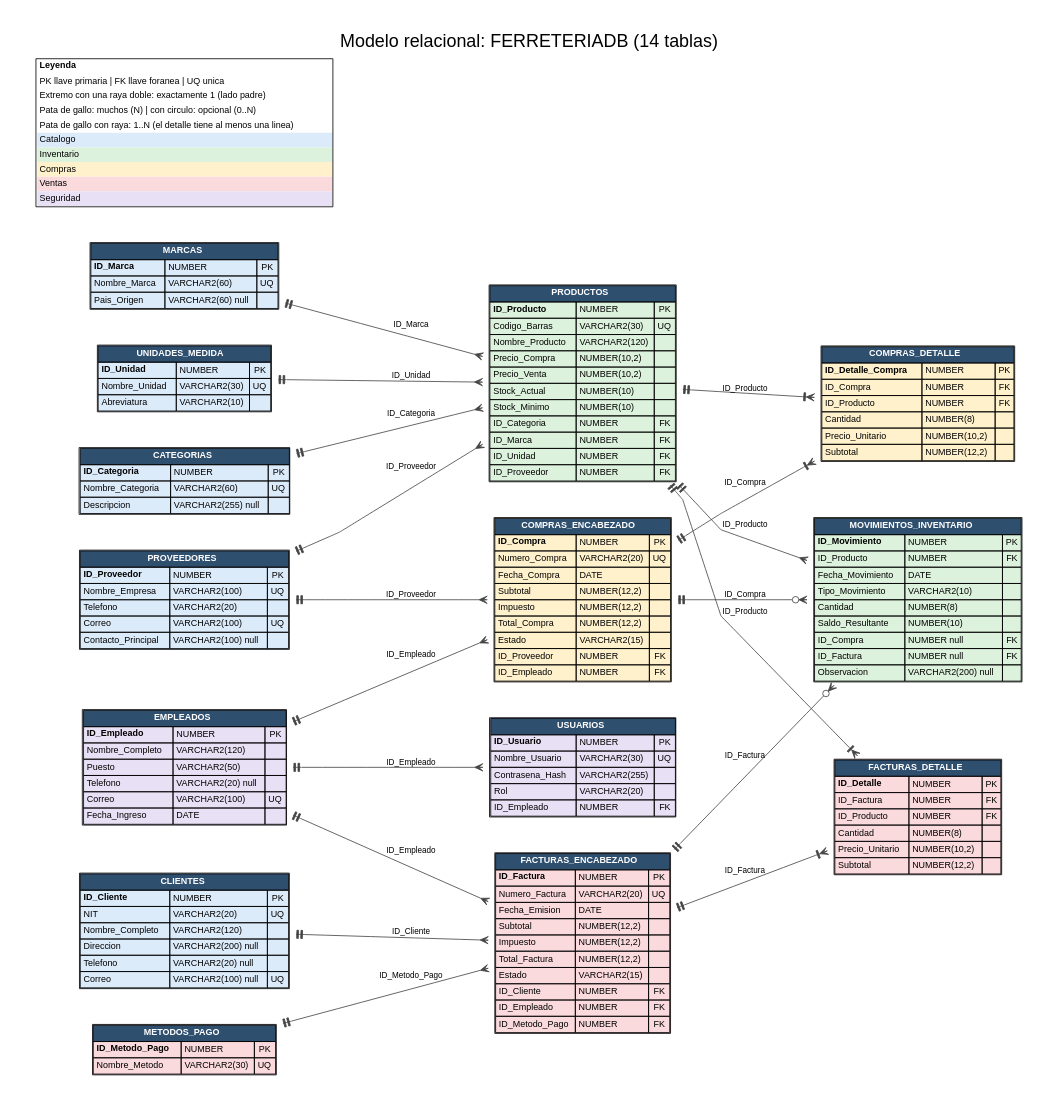
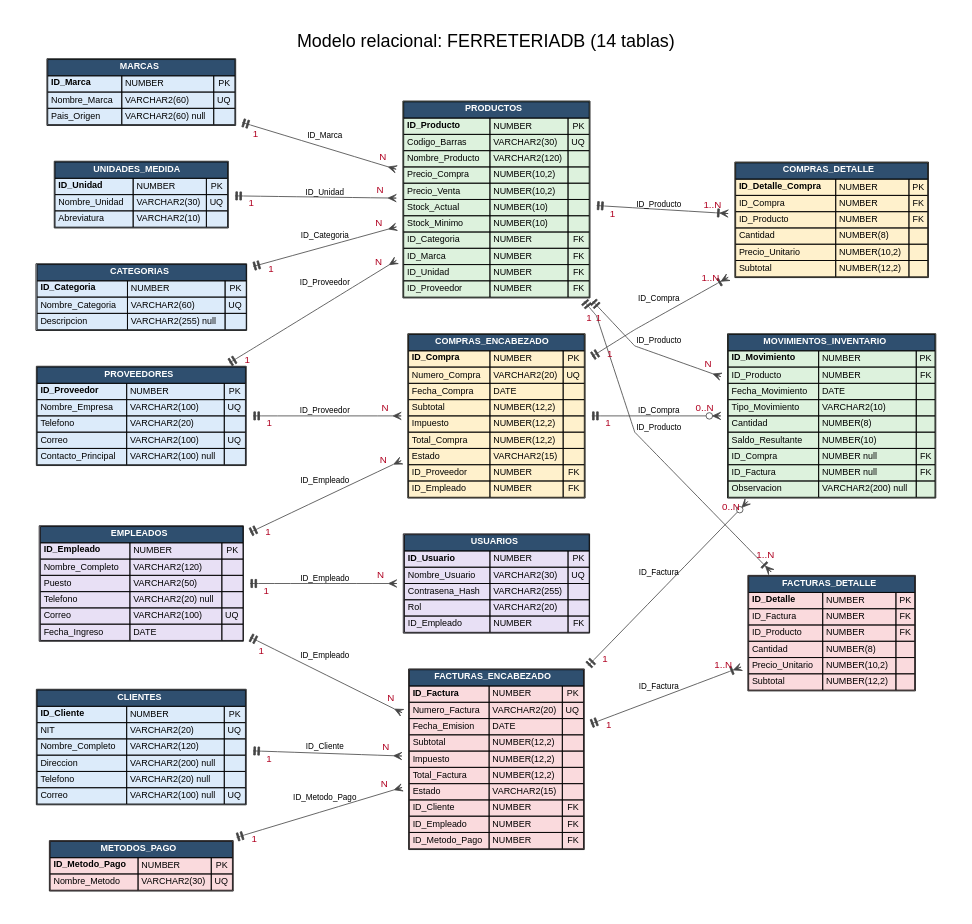
The diagram in diagramas/modelo_relacional.gv (Amada07/inventario-facturacion-bd), drawn with Graphviz before and after one commit. The commit also changed 3 other files, not shown here.

Commit message:
Actualización de diagramas

```diff
--- a/diagramas/modelo_relacional.gv
+++ b/diagramas/modelo_relacional.gv
@@ -16,22 +16,21 @@
 FACTURAS_ENCABEZADO [label=<<TABLE BORDER="1" CELLBORDER="1" CELLSPACING="0" CELLPADDING="3" BGCOLOR="#FADADD"><TR><TD COLSPAN="3" BGCOLOR="#2F4F6F"><B><FONT COLOR="white">FACTURAS_ENCABEZADO</FONT></B></TD></TR><TR><TD ALIGN="LEFT" PORT="ID_Factura"><B>ID_Factura</B></TD><TD ALIGN="LEFT">NUMBER</TD><TD>PK</TD></TR><TR><TD ALIGN="LEFT" PORT="Numero_Factura">Numero_Factura</TD><TD ALIGN="LEFT">VARCHAR2(20)</TD><TD>UQ</TD></TR><TR><TD ALIGN="LEFT" PORT="Fecha_Emision">Fecha_Emision</TD><TD ALIGN="LEFT">DATE</TD><TD></TD></TR><TR><TD ALIGN="LEFT" PORT="Subtotal">Subtotal</TD><TD ALIGN="LEFT">NUMBER(12,2)</TD><TD></TD></TR><TR><TD ALIGN="LEFT" PORT="Impuesto">Impuesto</TD><TD ALIGN="LEFT">NUMBER(12,2)</TD><TD></TD></TR><TR><TD ALIGN="LEFT" PORT="Total_Factura">Total_Factura</TD><TD ALIGN="LEFT">NUMBER(12,2)</TD><TD></TD></TR><TR><TD ALIGN="LEFT" PORT="Estado">Estado</TD><TD ALIGN="LEFT">VARCHAR2(15)</TD><TD></TD></TR><TR><TD ALIGN="LEFT" PORT="ID_Cliente">ID_Cliente</TD><TD ALIGN="LEFT">NUMBER</TD><TD>FK</TD></TR><TR><TD ALIGN="LEFT" PORT="ID_Empleado">ID_Empleado</TD><TD ALIGN="LEFT">NUMBER</TD><TD>FK</TD></TR><TR><TD ALIGN="LEFT" PORT="ID_Metodo_Pago">ID_Metodo_Pago</TD><TD ALIGN="LEFT">NUMBER</TD><TD>FK</TD></TR></TABLE>>];
 FACTURAS_DETALLE [label=<<TABLE BORDER="1" CELLBORDER="1" CELLSPACING="0" CELLPADDING="3" BGCOLOR="#FADADD"><TR><TD COLSPAN="3" BGCOLOR="#2F4F6F"><B><FONT COLOR="white">FACTURAS_DETALLE</FONT></B></TD></TR><TR><TD ALIGN="LEFT" PORT="ID_Detalle"><B>ID_Detalle</B></TD><TD ALIGN="LEFT">NUMBER</TD><TD>PK</TD></TR><TR><TD ALIGN="LEFT" PORT="ID_Factura">ID_Factura</TD><TD ALIGN="LEFT">NUMBER</TD><TD>FK</TD></TR><TR><TD ALIGN="LEFT" PORT="ID_Producto">ID_Producto</TD><TD ALIGN="LEFT">NUMBER</TD><TD>FK</TD></TR><TR><TD ALIGN="LEFT" PORT="Cantidad">Cantidad</TD><TD ALIGN="LEFT">NUMBER(8)</TD><TD></TD></TR><TR><TD ALIGN="LEFT" PORT="Precio_Unitario">Precio_Unitario</TD><TD ALIGN="LEFT">NUMBER(10,2)</TD><TD></TD></TR><TR><TD ALIGN="LEFT" PORT="Subtotal">Subtotal</TD><TD ALIGN="LEFT">NUMBER(12,2)</TD><TD></TD></TR></TABLE>>];
 MOVIMIENTOS_INVENTARIO [label=<<TABLE BORDER="1" CELLBORDER="1" CELLSPACING="0" CELLPADDING="3" BGCOLOR="#DDF2DD"><TR><TD COLSPAN="3" BGCOLOR="#2F4F6F"><B><FONT COLOR="white">MOVIMIENTOS_INVENTARIO</FONT></B></TD></TR><TR><TD ALIGN="LEFT" PORT="ID_Movimiento"><B>ID_Movimiento</B></TD><TD ALIGN="LEFT">NUMBER</TD><TD>PK</TD></TR><TR><TD ALIGN="LEFT" PORT="ID_Producto">ID_Producto</TD><TD ALIGN="LEFT">NUMBER</TD><TD>FK</TD></TR><TR><TD ALIGN="LEFT" PORT="Fecha_Movimiento">Fecha_Movimiento</TD><TD ALIGN="LEFT">DATE</TD><TD></TD></TR><TR><TD ALIGN="LEFT" PORT="Tipo_Movimiento">Tipo_Movimiento</TD><TD ALIGN="LEFT">VARCHAR2(10)</TD><TD></TD></TR><TR><TD ALIGN="LEFT" PORT="Cantidad">Cantidad</TD><TD ALIGN="LEFT">NUMBER(8)</TD><TD></TD></TR><TR><TD ALIGN="LEFT" PORT="Saldo_Resultante">Saldo_Resultante</TD><TD ALIGN="LEFT">NUMBER(10)</TD><TD></TD></TR><TR><TD ALIGN="LEFT" PORT="ID_Compra">ID_Compra</TD><TD ALIGN="LEFT">NUMBER null</TD><TD>FK</TD></TR><TR><TD ALIGN="LEFT" PORT="ID_Factura">ID_Factura</TD><TD ALIGN="LEFT">NUMBER null</TD><TD>FK</TD></TR><TR><TD ALIGN="LEFT" PORT="Observacion">Observacion</TD><TD ALIGN="LEFT">VARCHAR2(200) null</TD><TD></TD></TR></TABLE>>];
-EMPLEADOS -> USUARIOS [arrowtail=teetee, arrowhead=crow, label="ID_Empleado"];
-CATEGORIAS -> PRODUCTOS [arrowtail=teetee, arrowhead=crow, label="ID_Categoria"];
-MARCAS -> PRODUCTOS [arrowtail=teetee, arrowhead=crow, label="ID_Marca"];
-UNIDADES_MEDIDA -> PRODUCTOS [arrowtail=teetee, arrowhead=crow, label="ID_Unidad"];
-PROVEEDORES -> PRODUCTOS [arrowtail=teetee, arrowhead=crow, label="ID_Proveedor"];
-PROVEEDORES -> COMPRAS_ENCABEZADO [arrowtail=teetee, arrowhead=crow, label="ID_Proveedor"];
-EMPLEADOS -> COMPRAS_ENCABEZADO [arrowtail=teetee, arrowhead=crow, label="ID_Empleado"];
-COMPRAS_ENCABEZADO -> COMPRAS_DETALLE [arrowtail=teetee, arrowhead=crowtee, label="ID_Compra"];
-PRODUCTOS -> COMPRAS_DETALLE [arrowtail=teetee, arrowhead=crowtee, label="ID_Producto"];
-CLIENTES -> FACTURAS_ENCABEZADO [arrowtail=teetee, arrowhead=crow, label="ID_Cliente"];
-EMPLEADOS -> FACTURAS_ENCABEZADO [arrowtail=teetee, arrowhead=crow, label="ID_Empleado"];
-METODOS_PAGO -> FACTURAS_ENCABEZADO [arrowtail=teetee, arrowhead=crow, label="ID_Metodo_Pago"];
-FACTURAS_ENCABEZADO -> FACTURAS_DETALLE [arrowtail=teetee, arrowhead=crowtee, label="ID_Factura"];
-PRODUCTOS -> FACTURAS_DETALLE [arrowtail=teetee, arrowhead=crowtee, label="ID_Producto"];
-PRODUCTOS -> MOVIMIENTOS_INVENTARIO [arrowtail=teetee, arrowhead=crow, label="ID_Producto"];
-COMPRAS_ENCABEZADO -> MOVIMIENTOS_INVENTARIO [arrowtail=teetee, arrowhead=crowodot, label="ID_Compra"];
-FACTURAS_ENCABEZADO -> MOVIMIENTOS_INVENTARIO [arrowtail=teetee, arrowhead=crowodot, label="ID_Factura"];
-LEYENDA [shape=plaintext, label=<<TABLE BORDER="1" CELLBORDER="0" CELLSPACING="0" CELLPADDING="3" BGCOLOR="white"><TR><TD ALIGN="LEFT"><B>Leyenda</B></TD></TR><TR><TD ALIGN="LEFT">PK llave primaria | FK llave foranea | UQ unica</TD></TR><TR><TD ALIGN="LEFT">Extremo con una raya doble: exactamente 1 (lado padre)</TD></TR><TR><TD ALIGN="LEFT">Pata de gallo: muchos (N) | con circulo: opcional (0..N)</TD></TR><TR><TD ALIGN="LEFT">Pata de gallo con raya: 1..N (el detalle tiene al menos una linea)</TD></TR><TR><TD ALIGN="LEFT" BGCOLOR="#DCEBFA">Catalogo</TD></TR><TR><TD ALIGN="LEFT" BGCOLOR="#DDF2DD">Inventario</TD></TR><TR><TD ALIGN="LEFT" BGCOLOR="#FFF1CC">Compras</TD></TR><TR><TD ALIGN="LEFT" BGCOLOR="#FADADD">Ventas</TD></TR><TR><TD ALIGN="LEFT" BGCOLOR="#E8E0F5">Seguridad</TD></TR></TABLE>>];
+EMPLEADOS -> USUARIOS [arrowtail=teetee, arrowhead=crow, label="ID_Empleado", taillabel="1", headlabel="N", labeldistance=2.2, labelfontsize=12, labelfontcolor="#B00020"];
+CATEGORIAS -> PRODUCTOS [arrowtail=teetee, arrowhead=crow, label="ID_Categoria", taillabel="1", headlabel="N", labeldistance=2.2, labelfontsize=12, labelfontcolor="#B00020"];
+MARCAS -> PRODUCTOS [arrowtail=teetee, arrowhead=crow, label="ID_Marca", taillabel="1", headlabel="N", labeldistance=2.2, labelfontsize=12, labelfontcolor="#B00020"];
+UNIDADES_MEDIDA -> PRODUCTOS [arrowtail=teetee, arrowhead=crow, label="ID_Unidad", taillabel="1", headlabel="N", labeldistance=2.2, labelfontsize=12, labelfontcolor="#B00020"];
+PROVEEDORES -> PRODUCTOS [arrowtail=teetee, arrowhead=crow, label="ID_Proveedor", taillabel="1", headlabel="N", labeldistance=2.2, labelfontsize=12, labelfontcolor="#B00020"];
+PROVEEDORES -> COMPRAS_ENCABEZADO [arrowtail=teetee, arrowhead=crow, label="ID_Proveedor", taillabel="1", headlabel="N", labeldistance=2.2, labelfontsize=12, labelfontcolor="#B00020"];
+EMPLEADOS -> COMPRAS_ENCABEZADO [arrowtail=teetee, arrowhead=crow, label="ID_Empleado", taillabel="1", headlabel="N", labeldistance=2.2, labelfontsize=12, labelfontcolor="#B00020"];
+COMPRAS_ENCABEZADO -> COMPRAS_DETALLE [arrowtail=teetee, arrowhead=crowtee, label="ID_Compra", taillabel="1", headlabel="1..N", labeldistance=2.2, labelfontsize=12, labelfontcolor="#B00020"];
+PRODUCTOS -> COMPRAS_DETALLE [arrowtail=teetee, arrowhead=crowtee, label="ID_Producto", taillabel="1", headlabel="1..N", labeldistance=2.2, labelfontsize=12, labelfontcolor="#B00020"];
+CLIENTES -> FACTURAS_ENCABEZADO [arrowtail=teetee, arrowhead=crow, label="ID_Cliente", taillabel="1", headlabel="N", labeldistance=2.2, labelfontsize=12, labelfontcolor="#B00020"];
+EMPLEADOS -> FACTURAS_ENCABEZADO [arrowtail=teetee, arrowhead=crow, label="ID_Empleado", taillabel="1", headlabel="N", labeldistance=2.2, labelfontsize=12, labelfontcolor="#B00020"];
+METODOS_PAGO -> FACTURAS_ENCABEZADO [arrowtail=teetee, arrowhead=crow, label="ID_Metodo_Pago", taillabel="1", headlabel="N", labeldistance=2.2, labelfontsize=12, labelfontcolor="#B00020"];
+FACTURAS_ENCABEZADO -> FACTURAS_DETALLE [arrowtail=teetee, arrowhead=crowtee, label="ID_Factura", taillabel="1", headlabel="1..N", labeldistance=2.2, labelfontsize=12, labelfontcolor="#B00020"];
+PRODUCTOS -> FACTURAS_DETALLE [arrowtail=teetee, arrowhead=crowtee, label="ID_Producto", taillabel="1", headlabel="1..N", labeldistance=2.2, labelfontsize=12, labelfontcolor="#B00020"];
+PRODUCTOS -> MOVIMIENTOS_INVENTARIO [arrowtail=teetee, arrowhead=crow, label="ID_Producto", taillabel="1", headlabel="N", labeldistance=2.2, labelfontsize=12, labelfontcolor="#B00020"];
+COMPRAS_ENCABEZADO -> MOVIMIENTOS_INVENTARIO [arrowtail=teetee, arrowhead=crowodot, label="ID_Compra", taillabel="1", headlabel="0..N", labeldistance=2.2, labelfontsize=12, labelfontcolor="#B00020"];
+FACTURAS_ENCABEZADO -> MOVIMIENTOS_INVENTARIO [arrowtail=teetee, arrowhead=crowodot, label="ID_Factura", taillabel="1", headlabel="0..N", labeldistance=2.2, labelfontsize=12, labelfontcolor="#B00020"];
 }
```
